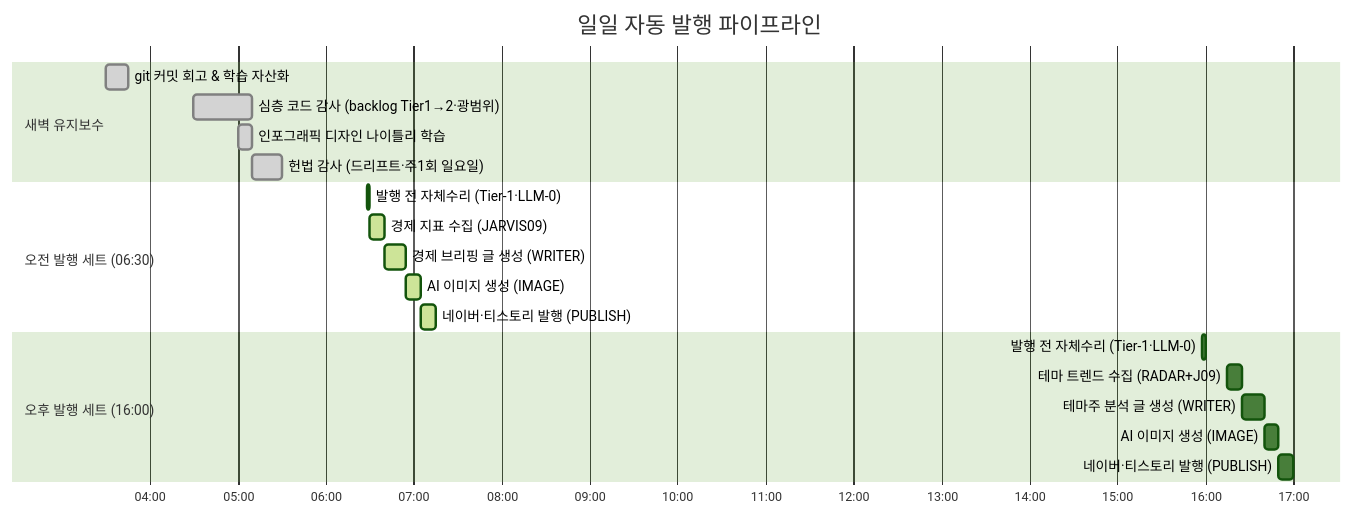
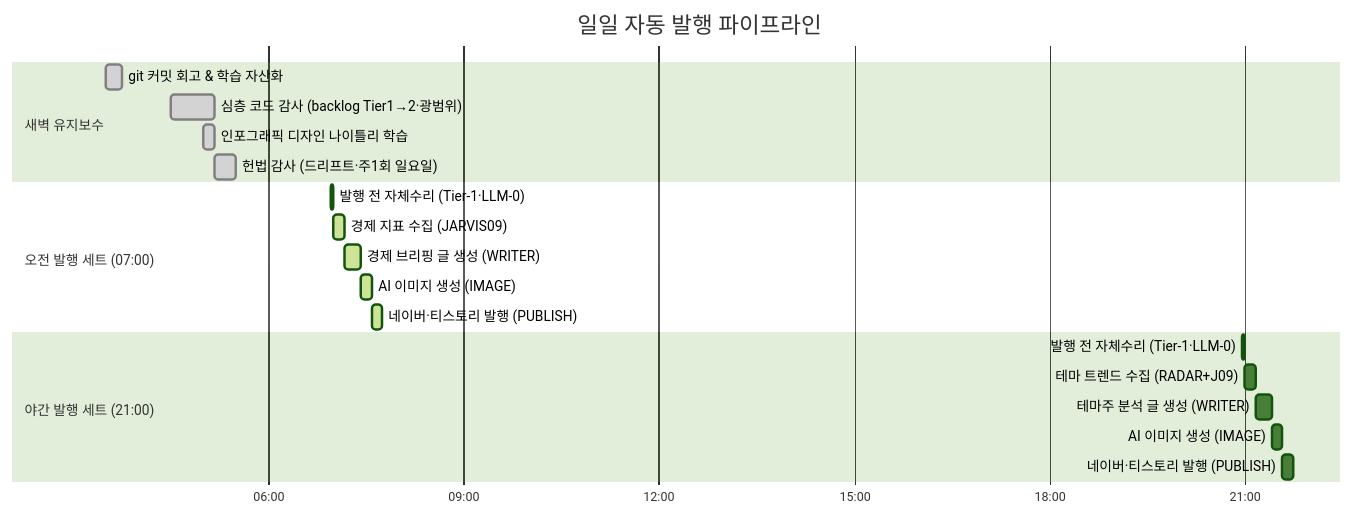
Before and after one commit to youandi3535/jarvis-agent: the second of 3 diagrams in README.md, drawn with Mermaid (forest theme). The commit also changed other lines of this file and 6 other files, not shown here.

````diff
--- a/README.md
+++ b/README.md
@@ -191,26 +191,26 @@
 ```mermaid
 gantt
     title 일일 자동 발행 파이프라인
     dateFormat HH:mm
     axisFormat %H:%M
 
     section 새벽 유지보수
         git 커밋 회고 & 학습 자산화          :done, 03:30, 15m
         심층 코드 감사 (backlog Tier1→2·광범위) :done, 04:30, 40m
         인포그래픽 디자인 나이틀리 학습        :done, 05:00, 10m
         헌법 감사 (드리프트·주1회 일요일)      :done, 05:10, 20m
 
-    section 오전 발행 세트 (06:30)
-        발행 전 자체수리 (Tier-1·LLM-0)    :active, 06:28, 2m
-        경제 지표 수집 (JARVIS09)       :active, 06:30, 10m
-        경제 브리핑 글 생성 (WRITER)    :active, 06:40, 15m
-        AI 이미지 생성 (IMAGE)          :active, 06:55, 10m
-        네이버·티스토리 발행 (PUBLISH)  :active, 07:05, 10m
+    section 오전 발행 세트 (07:00)
+        발행 전 자체수리 (Tier-1·LLM-0)    :active, 06:58, 2m
+        경제 지표 수집 (JARVIS09)       :active, 07:00, 10m
+        경제 브리핑 글 생성 (WRITER)    :active, 07:10, 15m
+        AI 이미지 생성 (IMAGE)          :active, 07:25, 10m
+        네이버·티스토리 발행 (PUBLISH)  :active, 07:35, 10m
 
-    section 오후 발행 세트 (16:00)
-        발행 전 자체수리 (Tier-1·LLM-0)    :15:58, 2m
-        테마 트렌드 수집 (RADAR+J09)    :16:15, 10m
-        테마주 분석 글 생성 (WRITER)    :16:25, 15m
-        AI 이미지 생성 (IMAGE)          :16:40, 10m
-        네이버·티스토리 발행 (PUBLISH)  :16:50, 10m
+    section 야간 발행 세트 (21:00)
+        발행 전 자체수리 (Tier-1·LLM-0)    :20:58, 2m
+        테마 트렌드 수집 (RADAR+J09)    :21:00, 10m
+        테마주 분석 글 생성 (WRITER)    :21:10, 15m
+        AI 이미지 생성 (IMAGE)          :21:25, 10m
+        네이버·티스토리 발행 (PUBLISH)  :21:35, 10m
 ```
````
